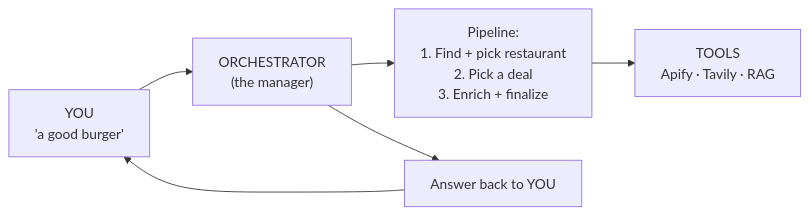
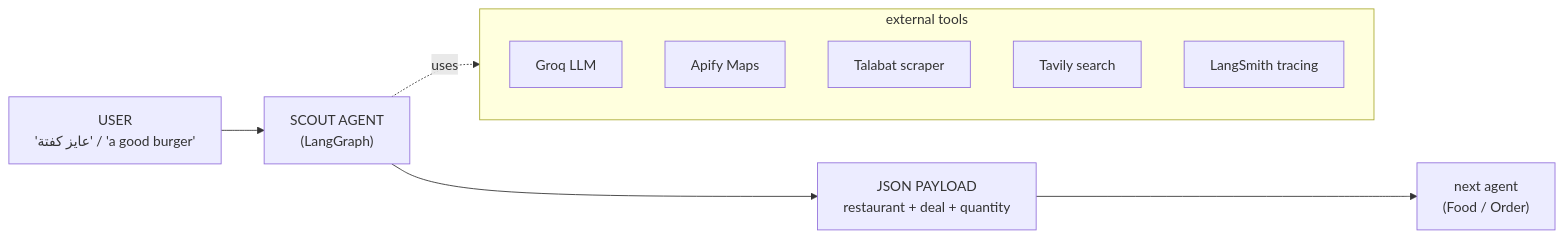
The first of 5 diagrams in README.md (Abdallah035/FoodPilot-AI), drawn with Mermaid before and after one commit. The commit also changed other lines of this file and 1 other file, not shown here.

````diff
--- a/README.md
+++ b/README.md
@@ -11,8 +12,15 @@
 ```mermaid
 flowchart LR
-    U["YOU<br/>'a good burger'"] --> O["ORCHESTRATOR<br/>(the manager)"]
-    O --> P["Pipeline:<br/>1. Find + pick restaurant<br/>2. Pick a deal<br/>3. Enrich + finalize"]
-    P --> N["TOOLS<br/>Apify · Tavily · RAG"]
-    O --> A["Answer back to YOU"]
-    A --> U
+    U["USER<br/>'عايز كفتة' / 'a good burger'"] --> A["SCOUT AGENT<br/>(LangGraph)"]
+    A --> P["JSON PAYLOAD<br/>restaurant + deal + quantity"]
+    P --> NEXT["next agent<br/>(Food / Order)"]
+
+    subgraph tools[" external tools "]
+      G["Groq LLM"]
+      AP["Apify Maps"]
+      TB["Talabat scraper"]
+      TV["Tavily search"]
+      LS["LangSmith tracing"]
+    end
+    A -.uses.-> tools
 ```
````
